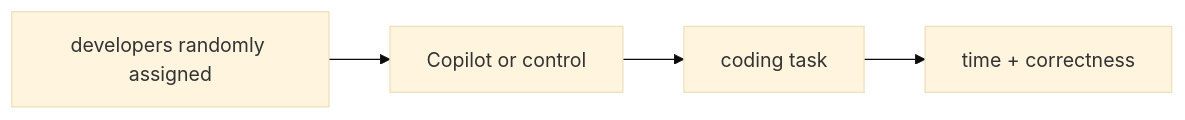
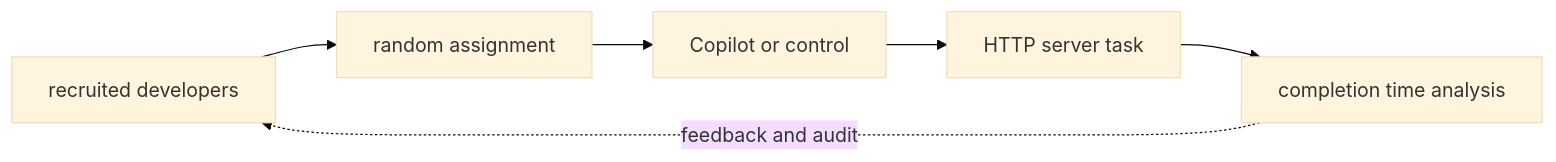
One commit to niyama-admin/learning-lab changed the first of 2 diagrams in llm-learning-repository/tutorials/05-small-business/22-productivity.md. Above: the diagram before and after it, drawn with Mermaid (base theme). The commit also changed other lines of this file and 24 other files, not shown here.

````diff
--- a/llm-learning-repository/tutorials/05-small-business/22-productivity.md
+++ b/llm-learning-repository/tutorials/05-small-business/22-productivity.md
@@ -9,6 +22,8 @@
 ```mermaid
 flowchart LR
-  A["developers randomly assigned"] --> B["Copilot or control"]
-  B["Copilot or control"] --> C["coding task"]
-  C["coding task"] --> D["time + correctness"]
+  A["recruited developers"] --> B["random assignment"]
+  B --> C["Copilot or control"]
+  C --> D["HTTP server task"]
+  D --> E["completion time analysis"]
+  E -. feedback and audit .-> A
 ```
````
